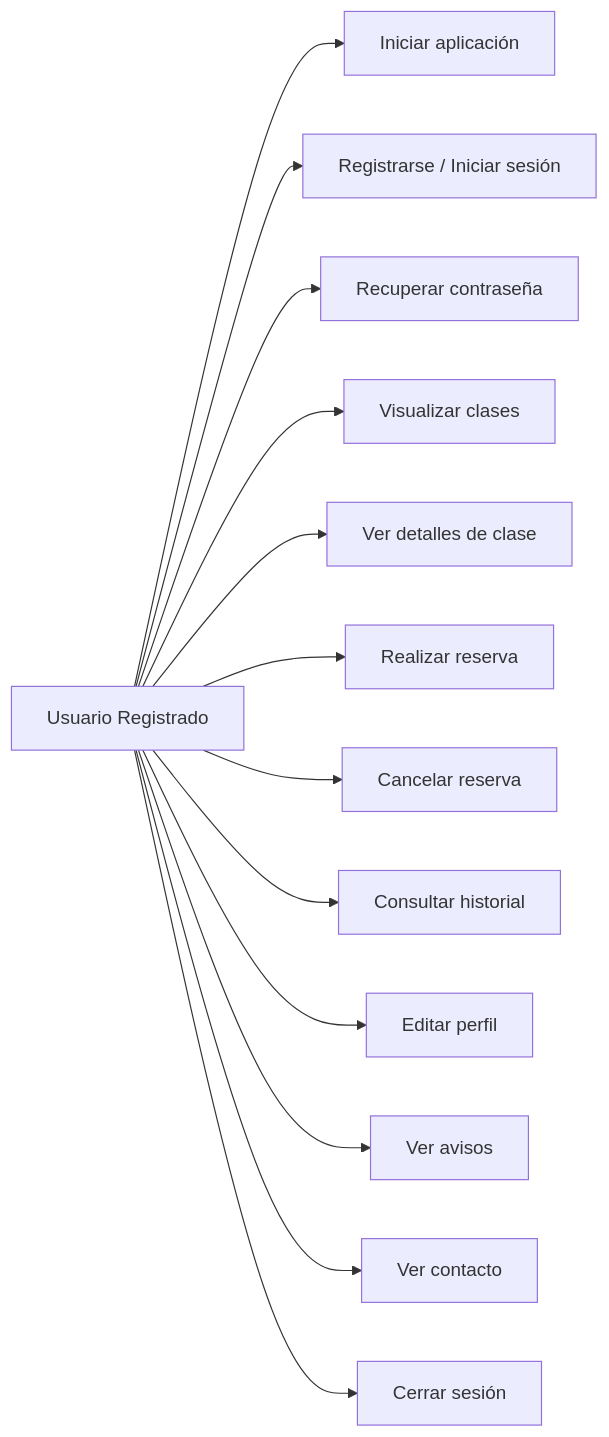
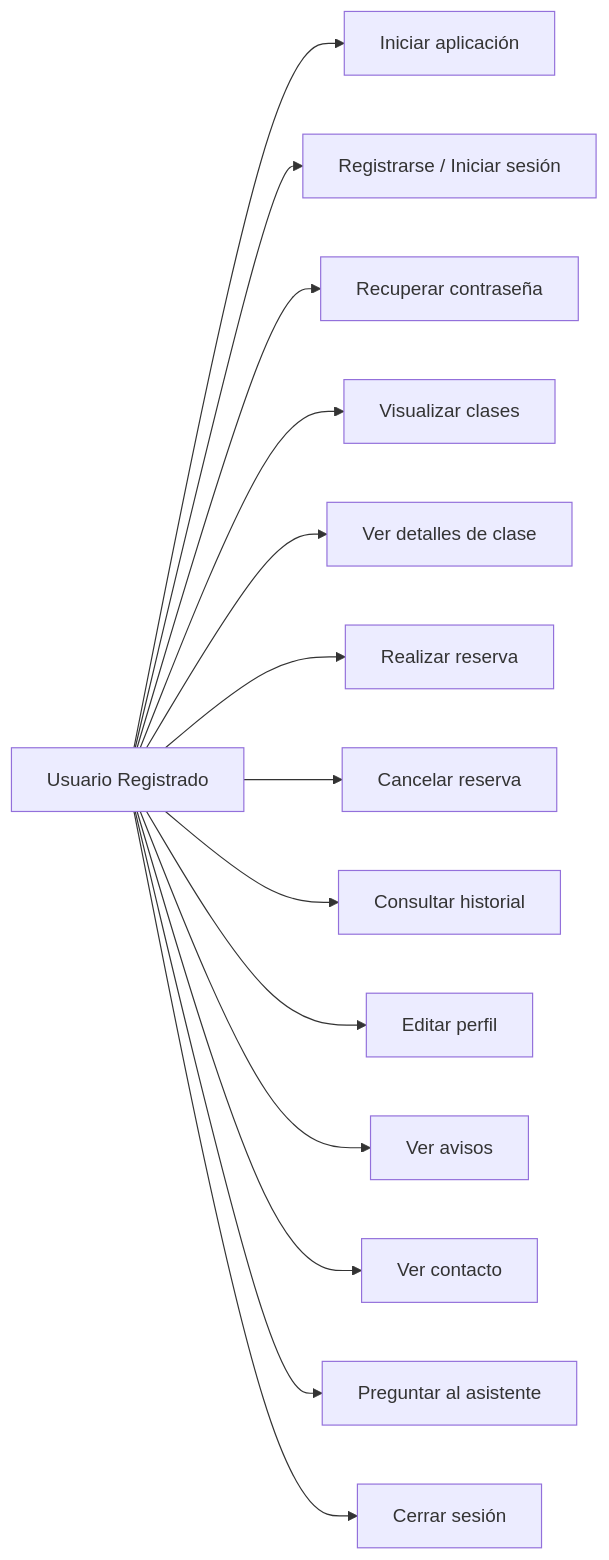
The first of 2 diagrams in README.md (lizacode22/TFC), drawn with Mermaid before and after one commit. The commit also changed other lines of this file, not shown here.

````diff
--- a/README.md
+++ b/README.md
@@ -74,30 +73,32 @@
 ```mermaid
 graph LR
   Usuario[Usuario Registrado]
 
   Inicio[Iniciar aplicación]
   Login[Registrarse / Iniciar sesión]
   Recuperar[Recuperar contraseña]
   VerClases[Visualizar clases]
   DetallesClase[Ver detalles de clase]
   Reserva[Realizar reserva]
   Cancelar[Cancelar reserva]
   Historial[Consultar historial]
   Perfil[Editar perfil]
   Avisos[Ver avisos]
   Contacto[Ver contacto]
+  ChatBot[Preguntar al asistente]
   CerrarSesion[Cerrar sesión]
 
   Usuario --> Inicio
   Usuario --> Login
   Usuario --> Recuperar
   Usuario --> VerClases
   Usuario --> DetallesClase
   Usuario --> Reserva
   Usuario --> Cancelar
   Usuario --> Historial
   Usuario --> Perfil
   Usuario --> Avisos
   Usuario --> Contacto
+  Usuario --> ChatBot
   Usuario --> CerrarSesion
 ```
````
